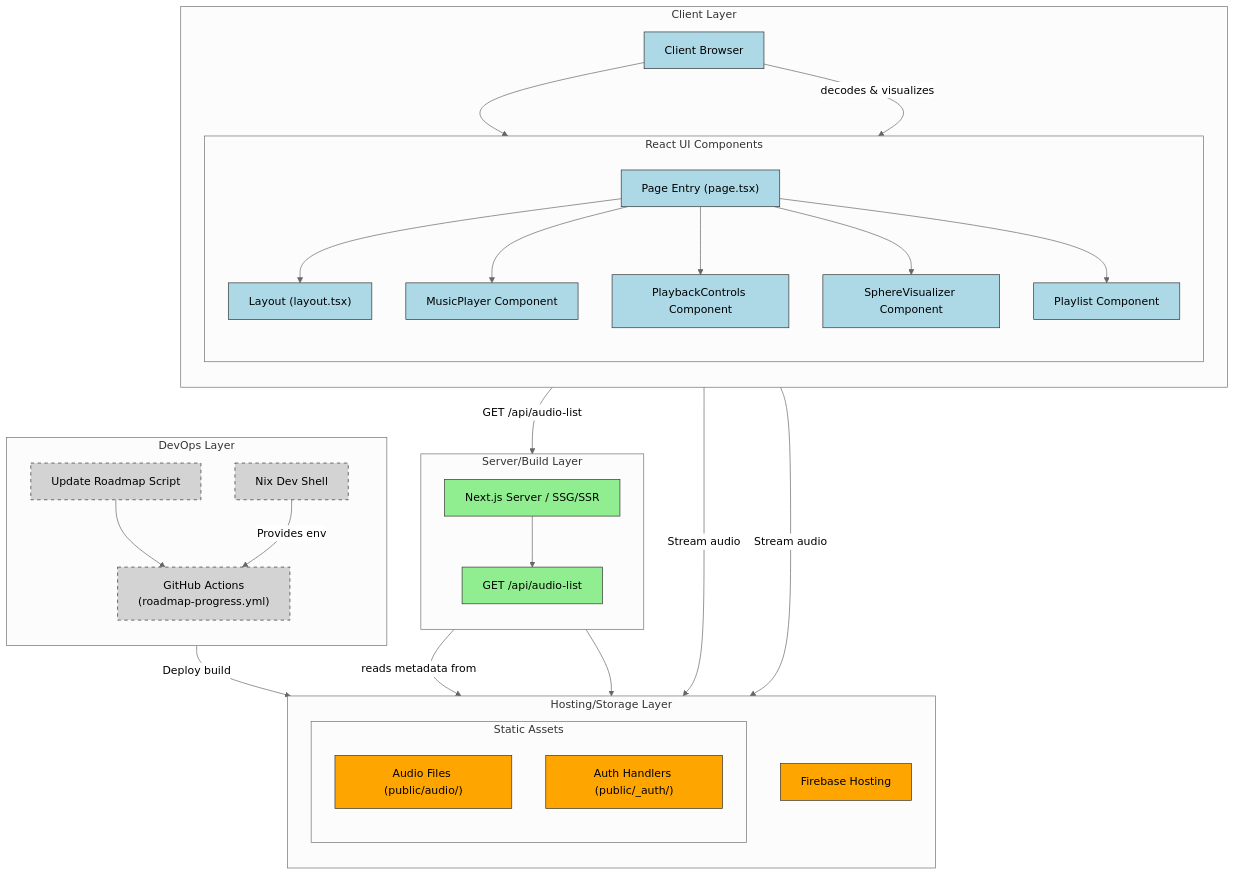
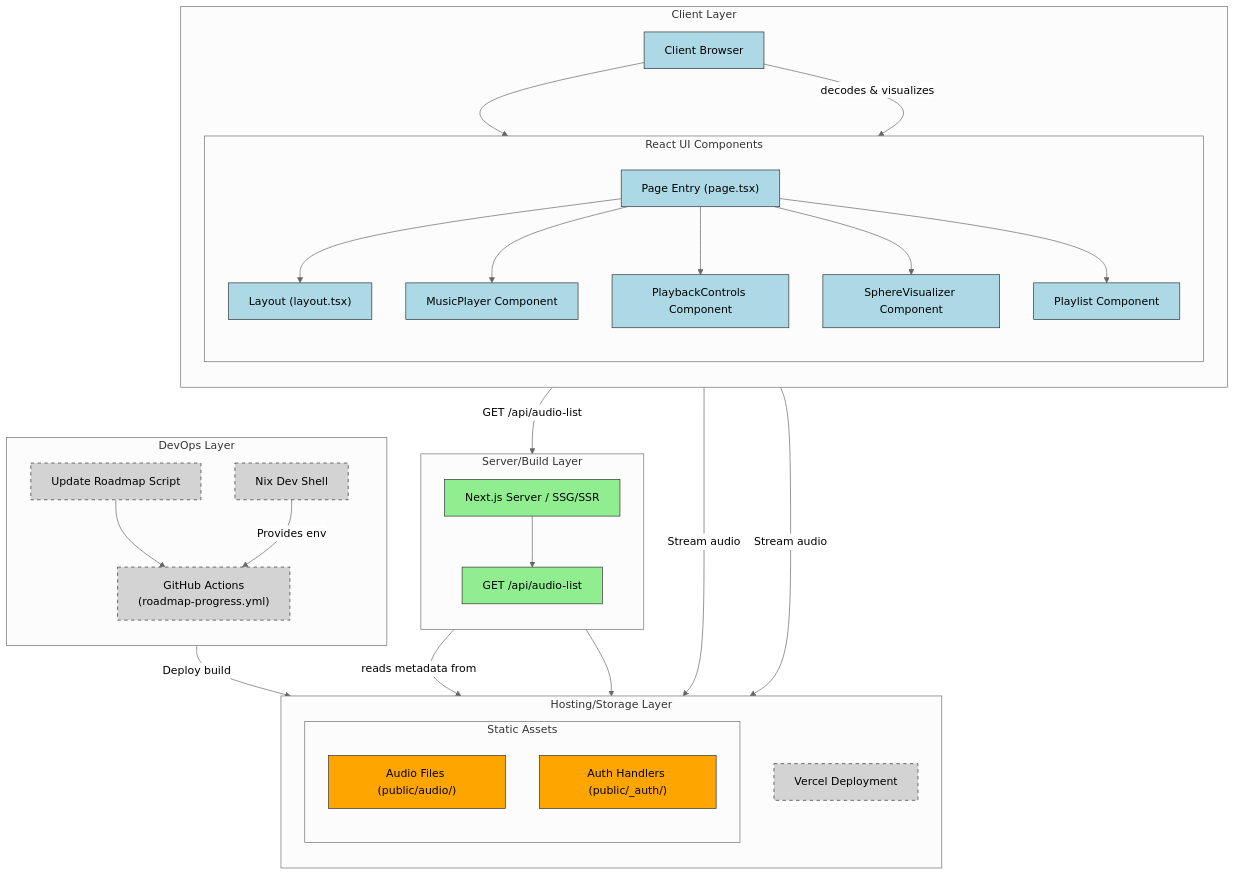
One commit to CodeDeficient/AudioSphere changed the diagram in README.md. Above: the diagram before and after it, drawn with Mermaid (neutral theme). The commit also changed 3 other files, not shown here.

Commit message:
Update README diagram for Vercel; remove Firebase configs and dev.nix

```diff
--- a/README.md
+++ b/README.md
@@ -40,7 +40,7 @@
     %% Hosting/Storage Layer
     subgraph "Hosting/Storage Layer"
         direction TB
-        FirebaseHost["Firebase Hosting"]:::storage
+        VercelDeploy["Vercel Deployment"]:::devops
         subgraph "Static Assets"
             direction TB
             AudioAssets["Audio Files (public/audio/)"]:::storage
@@ -72,9 +72,9 @@
     Browser -->|"decodes & visualizes"| SphereVisualizer
 
     NextServer --> AudioAPI
-    NextServer --> FirebaseHost
+    NextServer --> VercelDeploy
 
-    GitHubActions -->|"Deploy build"| FirebaseHost
+    GitHubActions -->|"Deploy build"| VercelDeploy
     UpdateScript --> GitHubActions
     NixShell -->|"Provides env"| GitHubActions
 
@@ -88,8 +88,6 @@
     click AudioAPI "https://github.com/codedeficient/audiosphere/blob/main/src/app/api/audio-list/route.ts"
     click AudioAssets "https://github.com/codedeficient/audiosphere/tree/main/public/audio/"
     click AuthHandlers "https://github.com/codedeficient/audiosphere/tree/main/public/_auth/"
-    click FirebaseHost "https://github.com/codedeficient/audiosphere/blob/main/firebase.json"
-    click FirebaseHost "https://github.com/codedeficient/audiosphere/blob/main/.firebaserc"
     click GitHubActions "https://github.com/codedeficient/audiosphere/blob/main/.github/workflows/roadmap-progress.yml"
     click UpdateScript "https://github.com/codedeficient/audiosphere/blob/main/.github/scripts/update-roadmap-checkbox.js"
     click NixShell "https://github.com/codedeficient/audiosphere/blob/main/.idx/dev.nix"
```
